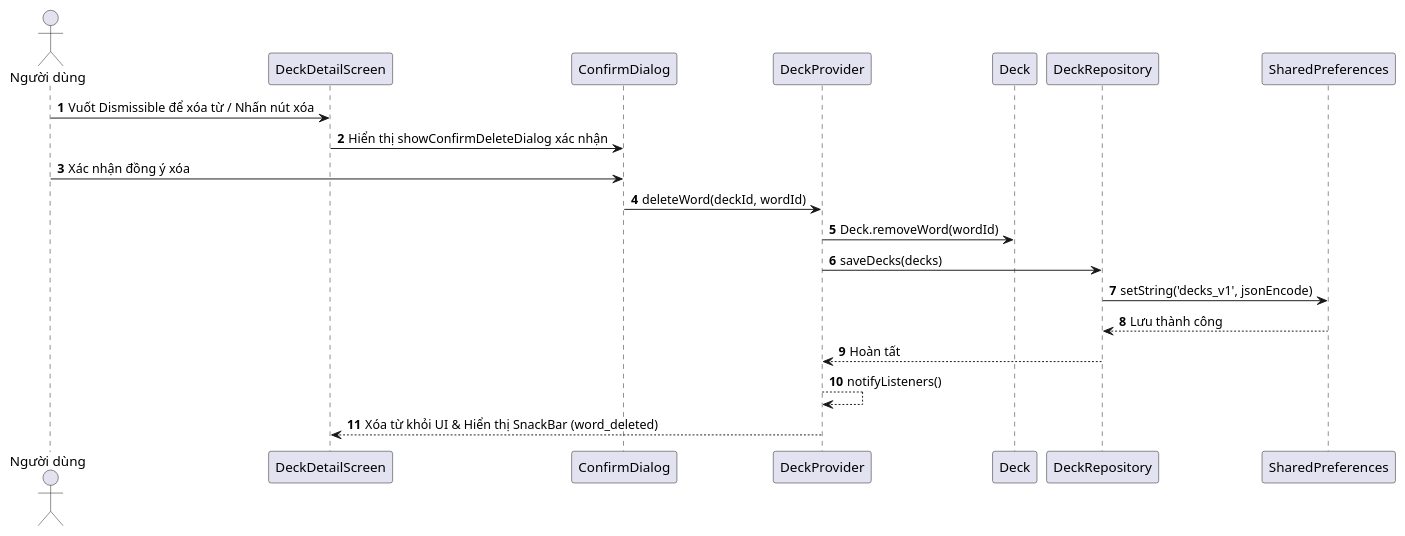
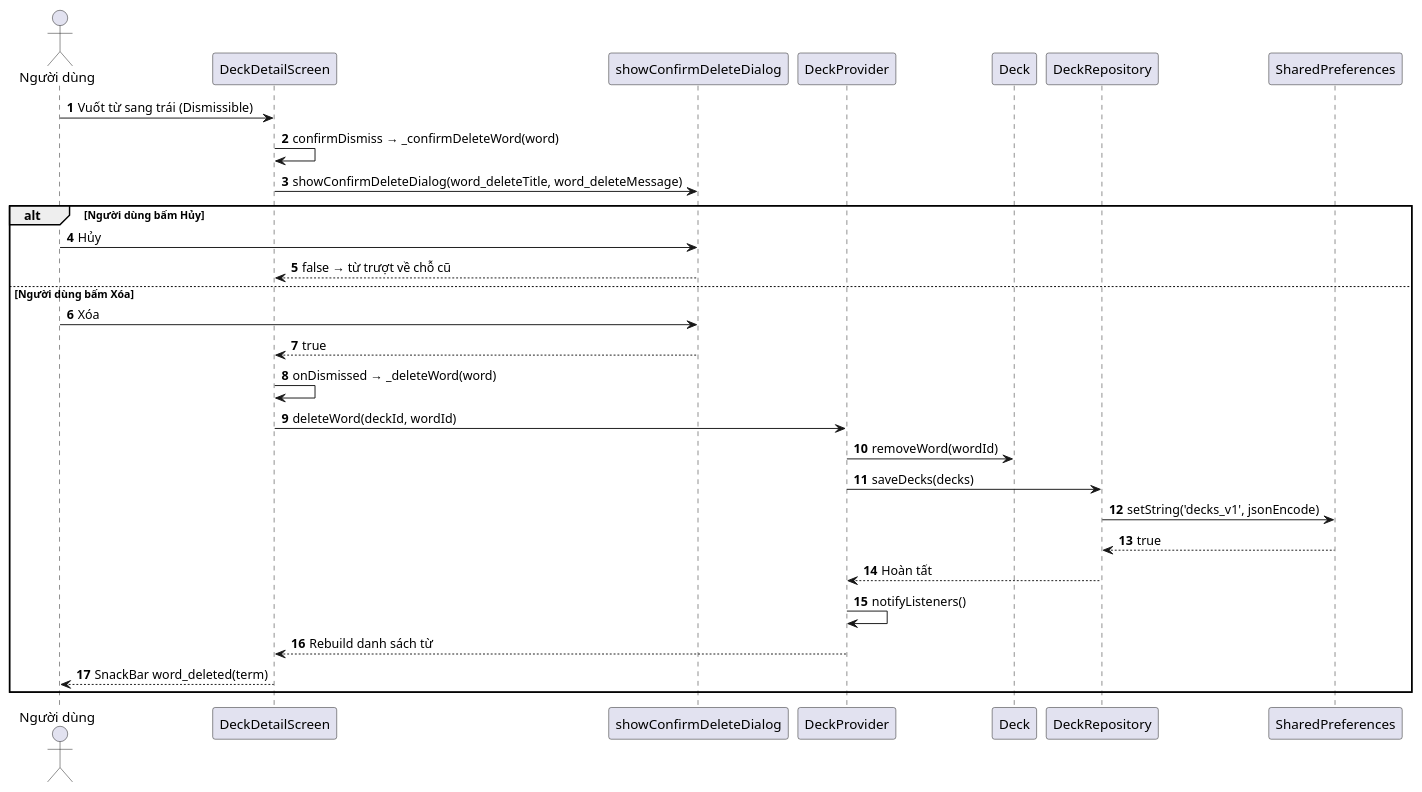
The diagram in docs/sequence_delete_word.puml (hoang-adu/2026_2027_1_1_LTTBDD_N01_Nhom_2), drawn with PlantUML before and after one commit. The commit also changed 8 other files, not shown here.

Commit message:
docs(uml): sửa sơ đồ sequence/activity khớp với code

```diff
--- a/docs/sequence_delete_word.puml
+++ b/docs/sequence_delete_word.puml
@@ -1,22 +1,31 @@
 @startuml
 autonumber
 actor "Người dùng" as User
 participant "DeckDetailScreen" as UI
-participant "ConfirmDialog" as Dialog
+participant "showConfirmDeleteDialog" as Dialog
 participant "DeckProvider" as Provider
 participant "Deck" as Model
 participant "DeckRepository" as Repo
 participant "SharedPreferences" as Prefs
 
-User -> UI: Vuốt Dismissible để xóa từ / Nhấn nút xóa
-UI -> Dialog: Hiển thị showConfirmDeleteDialog xác nhận
-User -> Dialog: Xác nhận đồng ý xóa
-Dialog -> Provider: deleteWord(deckId, wordId)
-Provider -> Model: Deck.removeWord(wordId)
-Provider -> Repo: saveDecks(decks)
-Repo -> Prefs: setString('decks_v1', jsonEncode)
-Prefs --> Repo: Lưu thành công
-Repo --> Provider: Hoàn tất
-Provider --> Provider: notifyListeners()
-Provider --> UI: Xóa từ khỏi UI & Hiển thị SnackBar (word_deleted)
+User -> UI: Vuốt từ sang trái (Dismissible)
+UI -> UI: confirmDismiss → _confirmDeleteWord(word)
+UI -> Dialog: showConfirmDeleteDialog(word_deleteTitle, word_deleteMessage)
+alt Người dùng bấm Hủy
+    User -> Dialog: Hủy
+    Dialog --> UI: false → từ trượt về chỗ cũ
+else Người dùng bấm Xóa
+    User -> Dialog: Xóa
+    Dialog --> UI: true
+    UI -> UI: onDismissed → _deleteWord(word)
+    UI -> Provider: deleteWord(deckId, wordId)
+    Provider -> Model: removeWord(wordId)
+    Provider -> Repo: saveDecks(decks)
+    Repo -> Prefs: setString('decks_v1', jsonEncode)
+    Prefs --> Repo: true
+    Repo --> Provider: Hoàn tất
+    Provider -> Provider: notifyListeners()
+    Provider --> UI: Rebuild danh sách từ
+    UI --> User: SnackBar word_deleted(term)
+end
 @enduml
```
